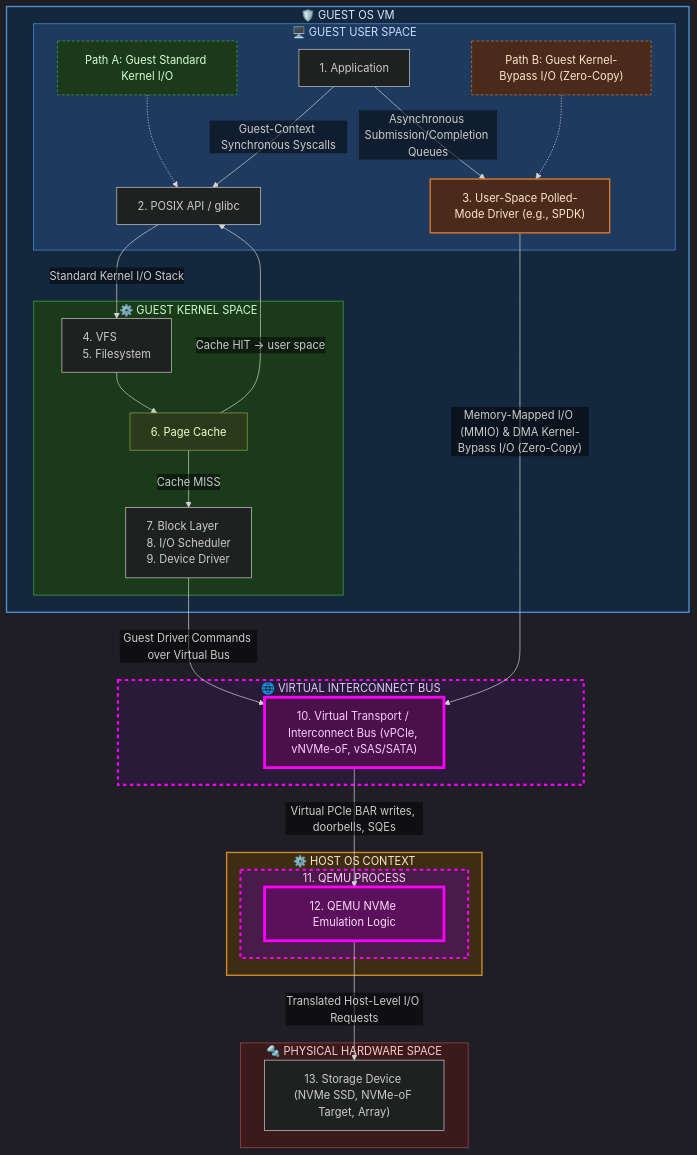
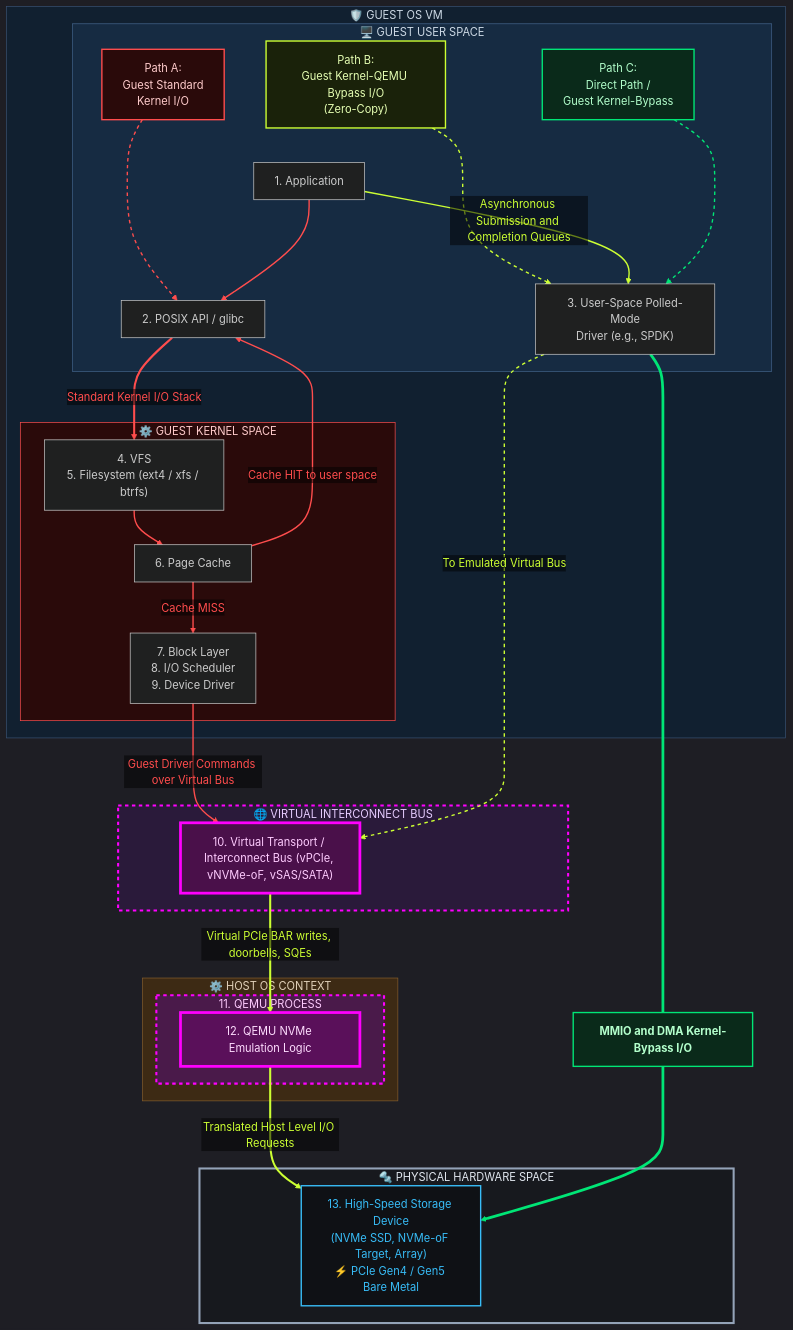
The diagram in docs/arch/qemu-nvme-storage-stack.md (SiliconLanguage/dataplane-emu), drawn with Mermaid before and after one commit.

Commit message:
layout, style updates

````diff
--- a/docs/arch/qemu-nvme-storage-stack.md
+++ b/docs/arch/qemu-nvme-storage-stack.md
@@ -5,62 +5,114 @@
 ```mermaid
-%%{init: {'theme': 'dark', 'themeVariables': { 'edgeLabelBackground': 'transparent'}}}%%
+%%{init: {"theme": "dark", "themeVariables": {"edgeLabelBackground": "transparent"}}}%%
 flowchart TD
-    subgraph GUEST["🛡️ GUEST OS VM"]
-        subgraph USER["🖥️ GUEST USER SPACE"]
-            P1["Path A: Guest Standard Kernel I/O"]
-            A["1. Application"]
-            B["2. POSIX API / glibc"]
-            P2["Path B: Guest Kernel-Bypass I/O (Zero-Copy)"]
-            J["3. User-Space Polled-Mode Driver (e.g., SPDK)"]
+    %% ==========================================
+    %% 1. DIAGRAM STRUCTURE & NODES
+    %% ==========================================
+
+    subgraph GUEST ["🛡️ GUEST OS VM"]
+        subgraph USER ["🖥️ GUEST USER SPACE"]
+            PA["Path A:<br/>Guest Standard<br/>Kernel I/O"]
+            PB["Path B:<br/>Guest Kernel-QEMU Bypass I/O<br/>(Zero-Copy)"]
+            PC["Path C:<br/>Direct Path /<br/>Guest Kernel-Bypass"]
+            
+            N1["1. Application"]
+            N2["2. POSIX API / glibc"]
+            N3["3. User-Space Polled-Mode<br/>Driver (e.g., SPDK)"]
         end
-
-        subgraph KERNEL["⚙️ GUEST KERNEL SPACE"]
-            C["<div style='text-align: left;'>4. VFS<br/>5. Filesystem</div>"]
-            E["6. Page Cache"]
-            F["<div style='text-align: left;'>7. Block Layer<br/>8. I/O Scheduler<br/>9. Device Driver</div>"]
+        
+        subgraph KERNEL ["⚙️ GUEST KERNEL SPACE"]
+            N4["4. VFS<br/>5. Filesystem (ext4 / xfs / btrfs)"]
+            N6["6. Page Cache"]
+            N7["7. Block Layer<br/>8. I/O Scheduler<br/>9. Device Driver"]
         end
     end
 
-    subgraph VIRTUAL_HW["🌐 VIRTUAL INTERCONNECT BUS"]
-        T["10. Virtual Transport / Interconnect Bus (vPCIe, vNVMe-oF, vSAS/SATA)"]
+    subgraph VIRTUAL_HW ["🌐 VIRTUAL INTERCONNECT BUS"]
+        N10["10. Virtual Transport / Interconnect Bus (vPCIe, vNVMe-oF, vSAS/SATA)"]
     end
 
-    subgraph HOST["⚙️ HOST OS CONTEXT"]
-        subgraph QEMU["11. QEMU PROCESS"]
-            QN["12. QEMU NVMe Emulation Logic"]
+    subgraph HOST ["⚙️ HOST OS CONTEXT"]
+        subgraph QEMU ["11. QEMU PROCESS"]
+            N12["12. QEMU NVMe Emulation Logic"]
         end
     end
 
-    subgraph PHYSICAL_HW["🔩 PHYSICAL HARDWARE SPACE"]
-        I["13. Storage Device (NVMe SSD, NVMe-oF Target, Array)"]
+    subgraph PHYSICAL_HW ["🔩 PHYSICAL HARDWARE SPACE"]
+        N13["13. High-Speed Storage Device<br/>(NVMe SSD, NVMe-oF Target, Array)<br/>⚡ PCIe Gen4 / Gen5 Bare Metal"]
     end
 
-    A -->|"Guest-Context Synchronous Syscalls"| B
-    B -->|"Standard Kernel I/O Stack"| C
-    C --> E
-    E -->|"Cache HIT → user space"| B
-    E -->|"Cache MISS"| F
-    F -->|"Guest Driver Commands over Virtual Bus"| T
+    %% Invisible dummy node for Path C alignment
+    LBL_C["MMIO and DMA Kernel-Bypass I/O"]
 
-    A -->|"Asynchronous Submission/Completion Queues"| J
-    J -->|"Memory-Mapped I/O (MMIO) & DMA Kernel-Bypass I/O (Zero-Copy)"| T
-    T -->|"Virtual PCIe BAR writes, doorbells, SQEs"| QN
-    QN -->|"Translated Host-Level I/O Requests"| I
+    %% ==========================================
+    %% 2. CORE DATA ROUTING & EXACT INDEXING
+    %% ==========================================
+    
+    %% Indices 0, 1, 2 (Invisible alignment links)
+    PA ~~~ N1
+    PB ~~~ N1
+    PC ~~~ N1
+    
+    %% --- PATH A (RED) ---
+    %% Indices 3, 4, 5, 6, 7, 8, 9
+    PA -.-> N2
+    N1 --> N2
+    N2 == Standard Kernel I/O Stack ==> N4
+    N4 --> N6
+    N6 -->|Cache HIT to user space| N2
+    N6 -->|Cache MISS| N7
+    N7 -->|Guest Driver Commands over Virtual Bus| N10
+    
+    %% --- PATH B (YELLOW-GREEN) ---
+    %% Indices 10, 11, 12, 13, 14
+    PB -.-> N3
+    N1 -->|Asynchronous Submission and Completion Queues| N3
+    N3 -.->|To Emulated Virtual Bus| N10
+    N10 == Virtual PCIe BAR writes, doorbells, SQEs ==> N12
+    N12 == Translated Host Level I/O Requests ==> N13
+    
+    %% --- PATH C (GREEN) ---
+    %% Indices 15, 16, 17
+    PC -.-> N3
+    N3 === LBL_C
+    LBL_C ==> N13
 
-    P1 -.-> B
-    P2 -.-> J
+    %% ==========================================
+    %% 3. VISUAL STYLING (Safely at the bottom)
+    %% ==========================================
 
-    style GUEST fill:#13283d,color:#d8ebff,stroke:#4a90d9,stroke-width:2px
-    style USER fill:#1e3a5f,color:#cce0ff,stroke:#4a90d9
-    style KERNEL fill:#1a3a1a,color:#ccffcc,stroke:#4aaa4a
-    style HOST fill:#3d2d12,color:#ffe9cc,stroke:#d08a2b,stroke-width:2px
+    %% Subgraph Styles
+    style GUEST fill:#112030,color:#cdd9e5,stroke:#375172
+    style USER fill:#162b42,color:#cdd9e5,stroke:#42628a
+    style KERNEL fill:#2a0a0a,color:#ffcccc,stroke:#ff4d4d
+    style VIRTUAL_HW fill:#2a1a3a,color:#e6ccff,stroke:#ff00ff,stroke-width:3px,stroke-dasharray: 5 5
+    style HOST fill:#3d2a14,color:#e1d1ba,stroke:#855d2c
     style QEMU fill:#4a1a4a,color:#ffccff,stroke:#ff00ff,stroke-width:3px,stroke-dasharray: 5 5
-    style QN fill:#5a105a,color:#ffddff,stroke:#ff00ff,stroke-width:4px
-    style VIRTUAL_HW fill:#2a1a3a,color:#e6ccff,stroke:#ff00ff,stroke-width:3px,stroke-dasharray: 5 5
-    style PHYSICAL_HW fill:#3a1a1a,color:#ffcccc,stroke:#aa4a4a
-    style E fill:#2a3a1a,color:#eeffcc,stroke:#88aa44
-    style J fill:#4a2a1a,color:#ffe6cc,stroke:#d9792b,stroke-width:2px
-    style T fill:#4a104a,color:#ffccff,stroke:#ff00ff,stroke-width:4px
-    style P1 fill:#1a3a1a,color:#d9ffd9,stroke:#4aaa4a,stroke-dasharray: 4 3
-    style P2 fill:#4a2a1a,color:#ffe6cc,stroke:#d9792b,stroke-dasharray: 4 3
+    style PHYSICAL_HW fill:#17191e,color:#e2e8f0,stroke:#94a3b8,stroke-width:3px
+
+    %% Legend / Callout Node Styles
+    style PA fill:#2a0a0a,stroke:#ff4d4d,stroke-width:2px,color:#ffcccc
+    style PB fill:#1a220a,stroke:#ccff33,stroke-width:2px,color:#e6ffb3
+    style PC fill:#0a2a1a,stroke:#00e676,stroke-width:2px,color:#b3ffcc
+    style LBL_C fill:#0a2a1a,stroke:#00e676,stroke-width:2px,color:#b3ffcc,font-weight:bold
+
+    %% Highlighted Internal Nodes
+    style N10 fill:#4a104a,color:#ffccff,stroke:#ff00ff,stroke-width:4px
+    style N12 fill:#5a105a,color:#ffddff,stroke:#ff00ff,stroke-width:4px
+    style N13 fill:#0f1115,color:#38bdf8,stroke:#38bdf8,stroke-width:2px
+
+    %% Path A Links (Red)
+    linkStyle 4,6 stroke:#ff4d4d,stroke-width:2px,color:#ff4d4d
+    linkStyle 3 stroke:#ff4d4d,stroke-width:2px,stroke-dasharray: 5 5,color:#ff4d4d
+    linkStyle 5 stroke:#ff4d4d,stroke-width:3px,color:#ff4d4d
+    linkStyle 7,8,9 stroke:#ff4d4d,stroke-width:2px,color:#ff4d4d
+
+    %% Path B Links (Yellow-Green)
+    linkStyle 11 stroke:#ccff33,stroke-width:2px,color:#ccff33
+    linkStyle 10,12 stroke:#ccff33,stroke-width:2px,stroke-dasharray: 5 5,color:#ccff33
+    linkStyle 13,14 stroke:#ccff33,stroke-width:3px,color:#ccff33
+
+    %% Path C Links (Green)
+    linkStyle 15 stroke:#00e676,stroke-width:2px,stroke-dasharray: 5 5,color:#00e676
+    linkStyle 16,17 stroke:#00e676,stroke-width:4px,color:#00e676
 ```
````
